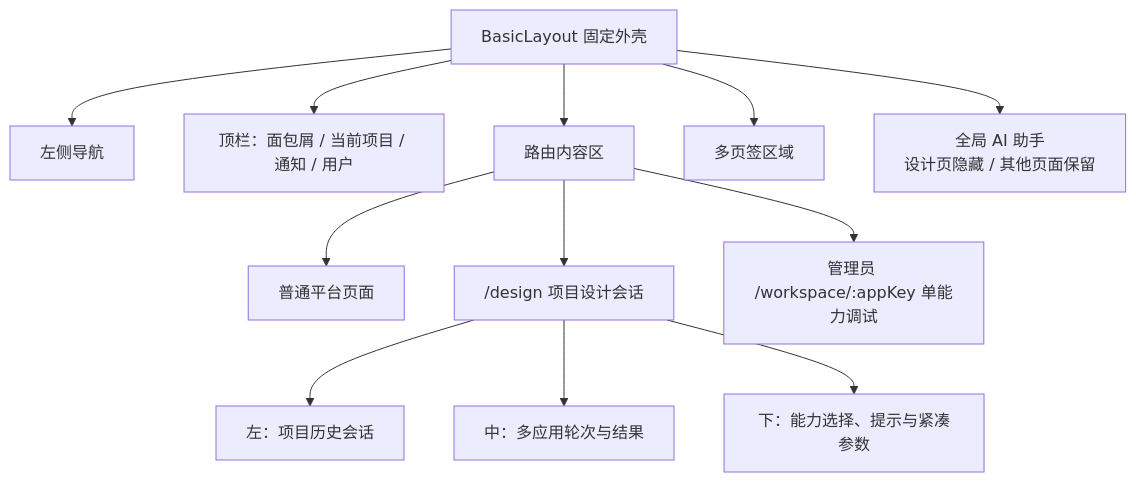
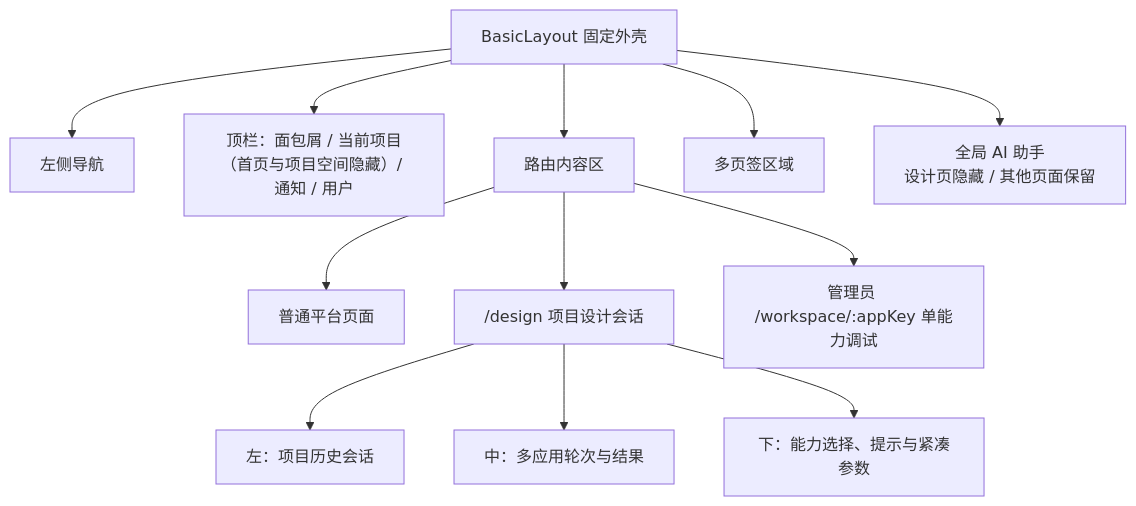
One commit to hywchina/vue-vben-admin changed the third of 12 diagrams in docs/rail-platform/ARCHITECTURE.md. Above: the diagram before and after it, drawn with Mermaid. The commit also changed other lines of this file and 105 other files, not shown here.

````diff
--- a/docs/rail-platform/ARCHITECTURE.md
+++ b/docs/rail-platform/ARCHITECTURE.md
@@ -136,17 +136,17 @@
 ```mermaid
 flowchart TB
   Layout["BasicLayout 固定外壳"]
   Layout --> Nav["左侧导航"]
-  Layout --> Header["顶栏：面包屑 / 当前项目 / 通知 / 用户"]
+  Layout --> Header["顶栏：面包屑 / 当前项目（首页与项目空间隐藏）/ 通知 / 用户"]
   Layout --> RouteArea["路由内容区"]
   Layout --> Tabs["多页签区域"]
   Layout --> Assistant["全局 AI 助手<br/>设计页隐藏 / 其他页面保留"]
 
   RouteArea --> Normal["普通平台页面"]
   RouteArea --> DesignArea["/design 项目设计会话"]
   RouteArea --> AppArea["管理员 /workspace/:appKey 单能力调试"]
 
   DesignArea --> History["左：项目历史会话"]
   DesignArea --> Stage["中：多应用轮次与结果"]
   DesignArea --> Composer["下：能力选择、提示与紧凑参数"]
 ```
````
